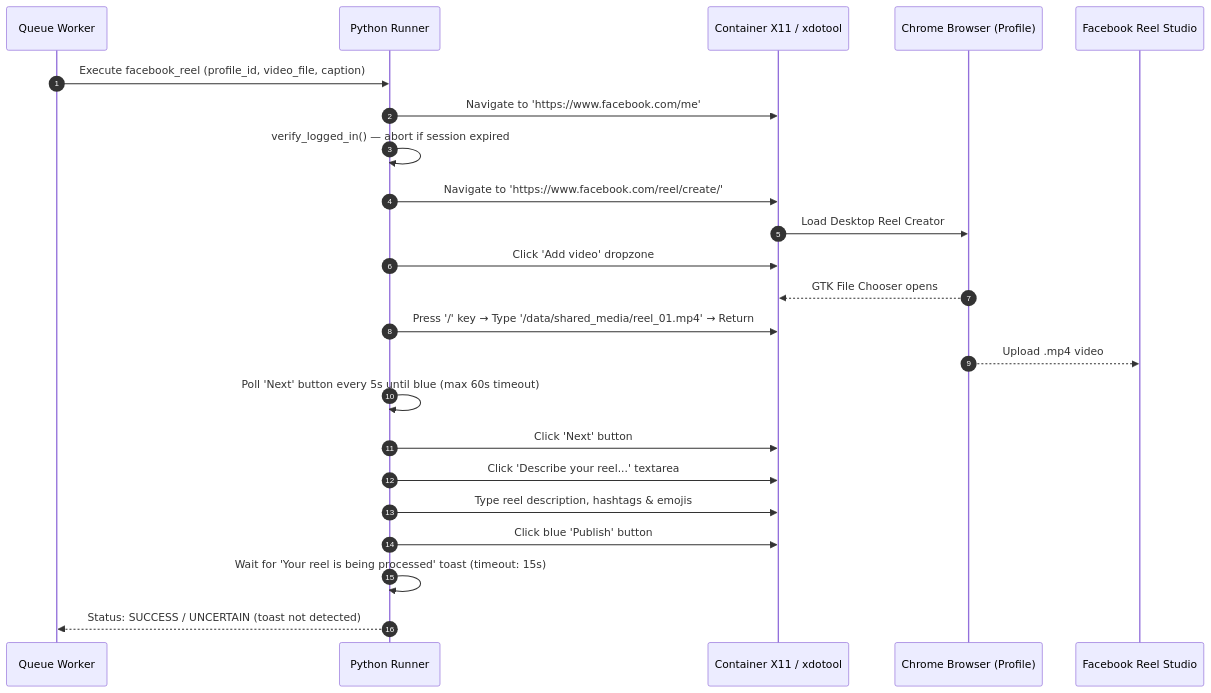
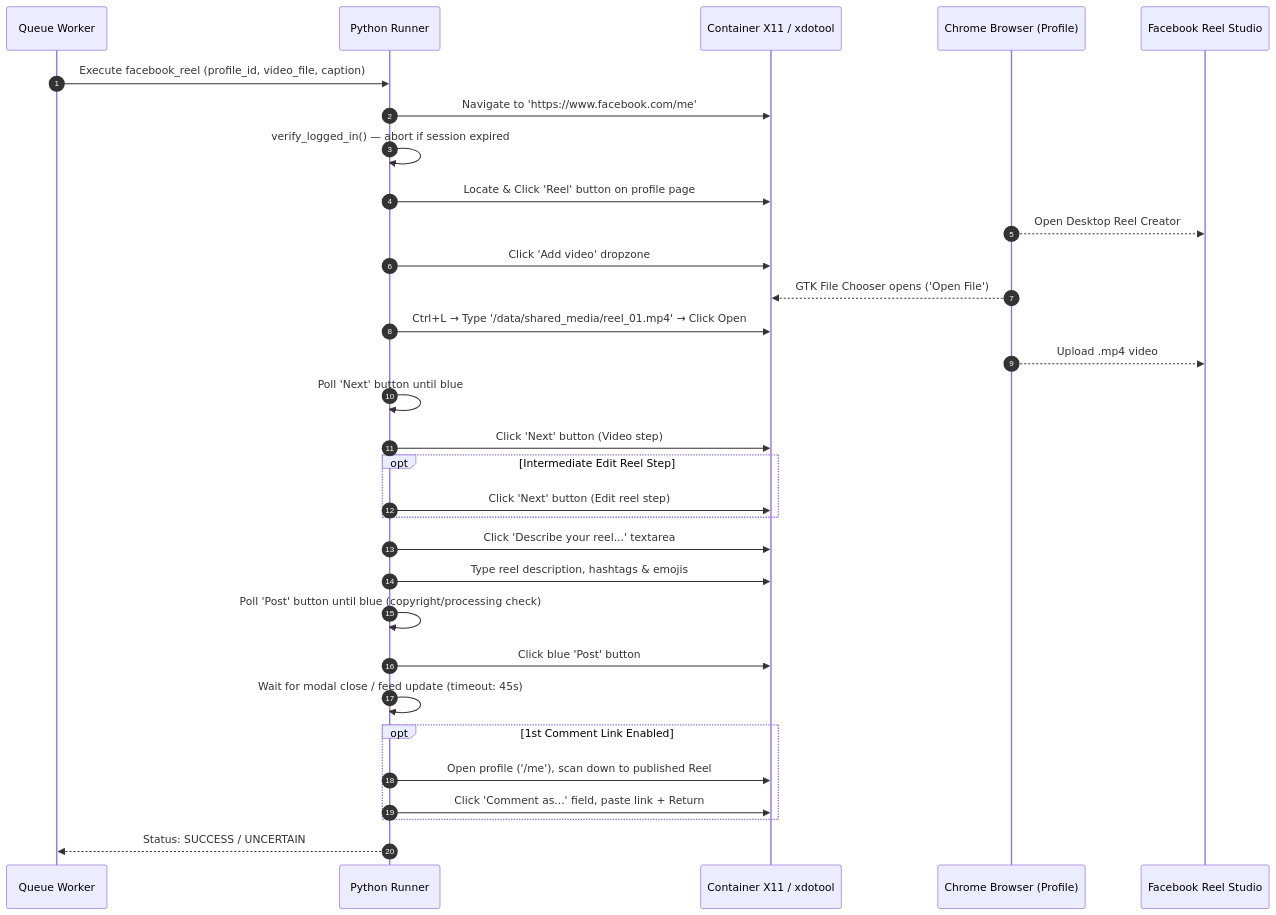
One commit to rathana-pvs/anti_bot_browser changed the third of 3 diagrams in AUTOMATED_POSTING_FLOW.md. Above: the diagram before and after it, drawn with Mermaid. The commit also changed other lines of this file and 23 other files, not shown here.

Commit message:
feat: success post image

````diff
--- a/AUTOMATED_POSTING_FLOW.md
+++ b/AUTOMATED_POSTING_FLOW.md
@@ -133,26 +133,34 @@
 ```mermaid
 sequenceDiagram
     autonumber
     participant Host as Queue Worker
     participant Runner as Python Runner
     participant X11 as Container X11 / xdotool
     participant Chrome as Chrome Browser (Profile)
     participant ReelStudio as Facebook Reel Studio
 
     Host->>Runner: Execute facebook_reel (profile_id, video_file, caption)
     Runner->>X11: Navigate to 'https://www.facebook.com/me'
     Runner->>Runner: verify_logged_in() — abort if session expired
-    Runner->>X11: Navigate to 'https://www.facebook.com/reel/create/'
-    X11->>Chrome: Load Desktop Reel Creator
+    Runner->>X11: Locate & Click 'Reel' button on profile page
+    Chrome-->>ReelStudio: Open Desktop Reel Creator
     Runner->>X11: Click 'Add video' dropzone
-    Chrome-->>X11: GTK File Chooser opens
-    Runner->>X11: Press '/' key → Type '/data/shared_media/reel_01.mp4' → Return
+    Chrome-->>X11: GTK File Chooser opens ('Open File')
+    Runner->>X11: Ctrl+L → Type '/data/shared_media/reel_01.mp4' → Click Open
     Chrome-->>ReelStudio: Upload .mp4 video
-    Runner->>Runner: Poll 'Next' button every 5s until blue (max 60s timeout)
-    Runner->>X11: Click 'Next' button
+    Runner->>Runner: Poll 'Next' button until blue
+    Runner->>X11: Click 'Next' button (Video step)
+    opt Intermediate Edit Reel Step
+        Runner->>X11: Click 'Next' button (Edit reel step)
+    end
     Runner->>X11: Click 'Describe your reel...' textarea
     Runner->>X11: Type reel description, hashtags & emojis
-    Runner->>X11: Click blue 'Publish' button
-    Runner->>Runner: Wait for 'Your reel is being processed' toast (timeout: 15s)
-    Runner-->>Host: Status: SUCCESS / UNCERTAIN (toast not detected)
+    Runner->>Runner: Poll 'Post' button until blue (copyright/processing check)
+    Runner->>X11: Click blue 'Post' button
+    Runner->>Runner: Wait for modal close / feed update (timeout: 45s)
+    opt 1st Comment Link Enabled
+        Runner->>X11: Open profile ('/me'), scan down to published Reel
+        Runner->>X11: Click 'Comment as...' field, paste link + Return
+    end
+    Runner-->>Host: Status: SUCCESS / UNCERTAIN
 ```
````
